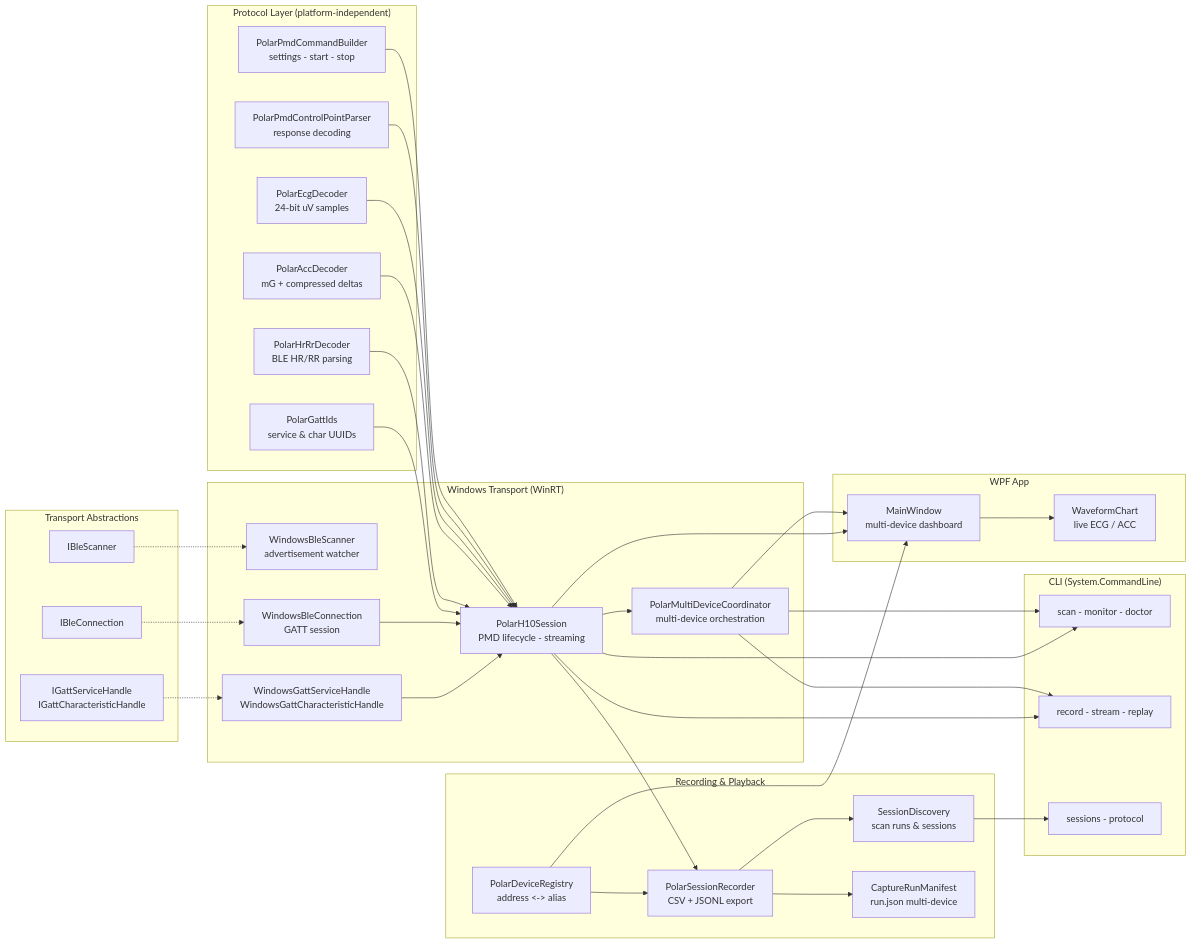
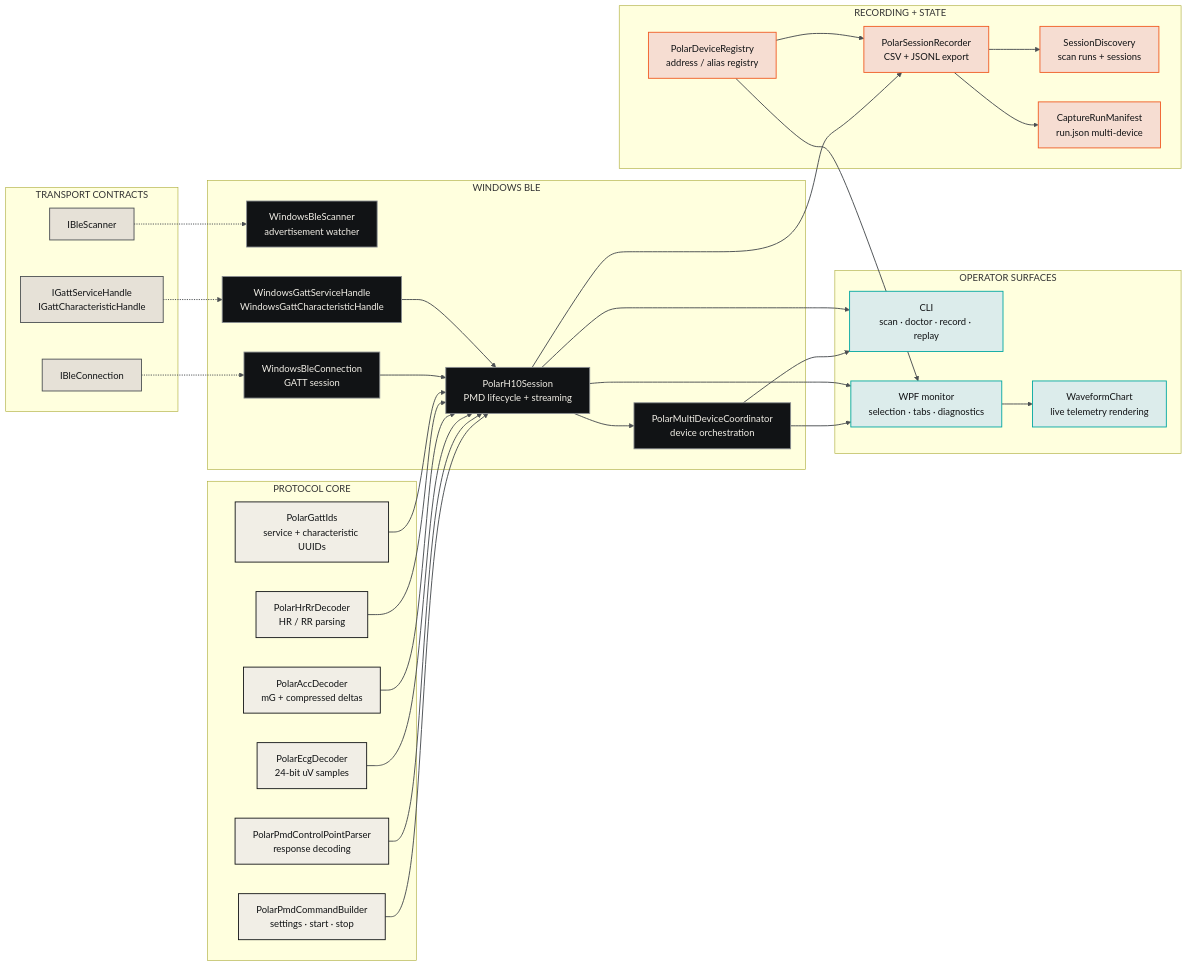
One commit to MesmerPrism/PolarH10 changed the second of 3 diagrams in README.md. Above: the diagram before and after it, drawn with Mermaid. The commit also changed other lines of this file and 21 other files, not shown here.

Commit message:
Tighten brutal UI preview and Mermaid docs

````diff
--- a/README.md
+++ b/README.md
@@ -76,69 +92,73 @@
 ```mermaid
 flowchart LR
-    subgraph Protocol["Protocol Layer (platform-independent)"]
-        EC["PolarEcgDecoder\n24-bit uV samples"]
-        AC["PolarAccDecoder\nmG + compressed deltas"]
-        HR["PolarHrRrDecoder\nBLE HR/RR parsing"]
-        PMD["PolarPmdCommandBuilder\nsettings - start - stop"]
-        CP["PolarPmdControlPointParser\nresponse decoding"]
-        GID["PolarGattIds\nservice & char UUIDs"]
+    subgraph Protocol["PROTOCOL CORE"]
+        EC["PolarEcgDecoder<br/>24-bit uV samples"]
+        AC["PolarAccDecoder<br/>mG + compressed deltas"]
+        HR["PolarHrRrDecoder<br/>HR / RR parsing"]
+        PMD["PolarPmdCommandBuilder<br/>settings · start · stop"]
+        CP["PolarPmdControlPointParser<br/>response decoding"]
+        GID["PolarGattIds<br/>service + characteristic UUIDs"]
     end
 
-    subgraph Transport["Transport Abstractions"]
+    subgraph Transport["TRANSPORT CONTRACTS"]
         IS["IBleScanner"]
         IC["IBleConnection"]
-        IG["IGattServiceHandle\nIGattCharacteristicHandle"]
+        IG["IGattServiceHandle<br/>IGattCharacteristicHandle"]
     end
 
-    subgraph Windows["Windows Transport (WinRT)"]
-        WS["WindowsBleScanner\nadvertisement watcher"]
-        WC["WindowsBleConnection\nGATT session"]
-        WG["WindowsGattServiceHandle\nWindowsGattCharacteristicHandle"]
-        SE["PolarH10Session\nPMD lifecycle - streaming"]
-        CO["PolarMultiDeviceCoordinator\nmulti-device orchestration"]
+    subgraph Windows["WINDOWS BLE"]
+        WS["WindowsBleScanner<br/>advertisement watcher"]
+        WC["WindowsBleConnection<br/>GATT session"]
+        WG["WindowsGattServiceHandle<br/>WindowsGattCharacteristicHandle"]
+        SE["PolarH10Session<br/>PMD lifecycle + streaming"]
+        CO["PolarMultiDeviceCoordinator<br/>device orchestration"]
     end
 
-    subgraph Recording["Recording & Playback"]
-        RE["PolarSessionRecorder\nCSV + JSONL export"]
-        SD["SessionDiscovery\nscan runs & sessions"]
-        MA["CaptureRunManifest\nrun.json multi-device"]
-        DR["PolarDeviceRegistry\naddress <-> alias"]
+    subgraph Recording["RECORDING + STATE"]
+        RE["PolarSessionRecorder<br/>CSV + JSONL export"]
+        SD["SessionDiscovery<br/>scan runs + sessions"]
+        MA["CaptureRunManifest<br/>run.json multi-device"]
+        DR["PolarDeviceRegistry<br/>address / alias registry"]
     end
 
-    subgraph CLI["CLI (System.CommandLine)"]
-        C1["scan - monitor - doctor"]
-        C2["record - stream - replay"]
-        C3["sessions - protocol"]
-    end
-
-    subgraph GUI["WPF App"]
-        G1["MainWindow\nmulti-device dashboard"]
-        G2["WaveformChart\nlive ECG / ACC"]
+    subgraph Surfaces["OPERATOR SURFACES"]
+        C1["CLI<br/>scan · doctor · record · replay"]
+        G1["WPF monitor<br/>selection · tabs · diagnostics"]
+        G2["WaveformChart<br/>live telemetry rendering"]
     end
 
     PMD --> SE
     CP --> SE
     EC --> SE
     AC --> SE
     HR --> SE
     GID --> SE
     IS -.-> WS
     IC -.-> WC
     IG -.-> WG
     WC --> SE
     WG --> SE
     SE --> CO
     SE --> RE
     RE --> SD
     RE --> MA
+    DR --> RE
+    DR --> G1
     CO --> C1
-    CO --> C2
+    CO --> G1
     SE --> C1
-    SE --> C2
-    SD --> C3
-    CO --> G1
     SE --> G1
     G1 --> G2
-    DR --> RE
-    DR --> G1
+
+    classDef core fill:#F1EEE6,stroke:#111315,color:#111315,stroke-width:1.5px;
+    classDef contracts fill:#E6E1D7,stroke:#4B4F52,color:#111315,stroke-width:1.5px;
+    classDef windows fill:#111315,stroke:#8A8E91,color:#F1EEE6,stroke-width:1.5px;
+    classDef record fill:#F6DDD2,stroke:#F05A22,color:#111315,stroke-width:1.5px;
+    classDef surface fill:#DCECEB,stroke:#00A7A0,color:#111315,stroke-width:1.5px;
+    class EC,AC,HR,PMD,CP,GID core;
+    class IS,IC,IG contracts;
+    class WS,WC,WG,SE,CO windows;
+    class RE,SD,MA,DR record;
+    class C1,G1,G2 surface;
+    linkStyle default stroke:#4B4F52,stroke-width:1.6px;
 ```
````
